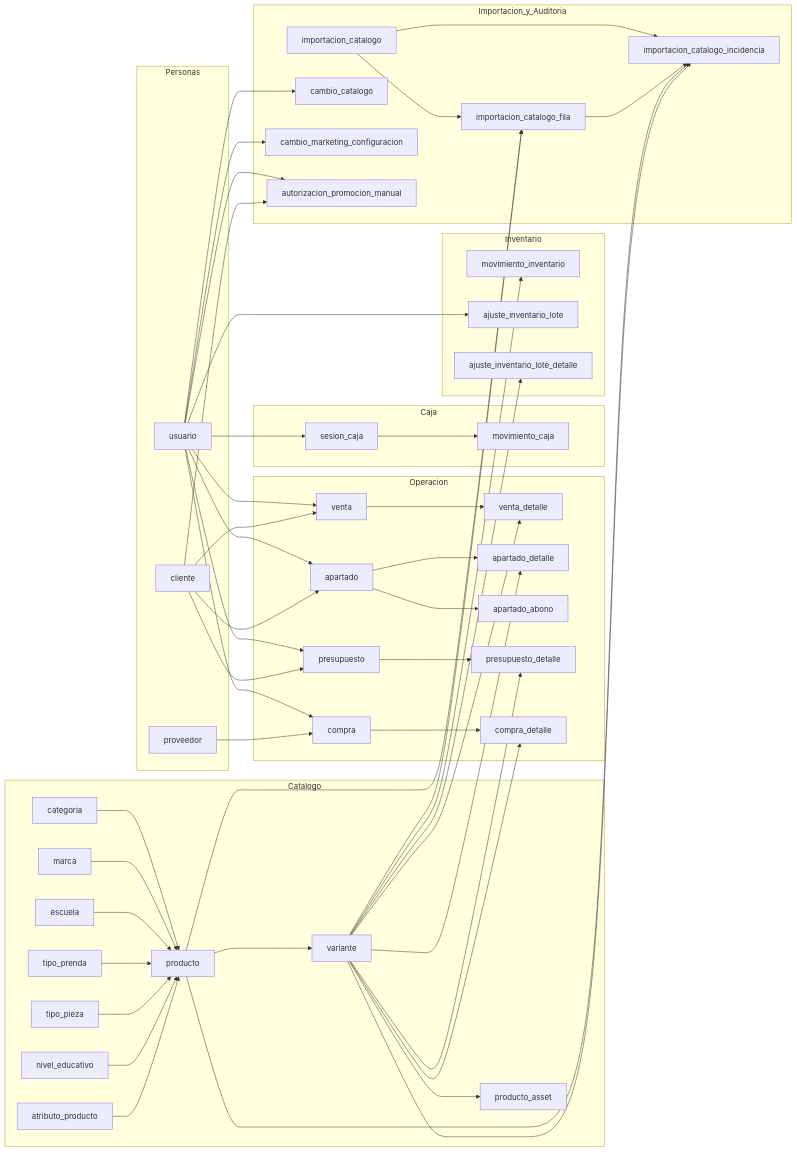
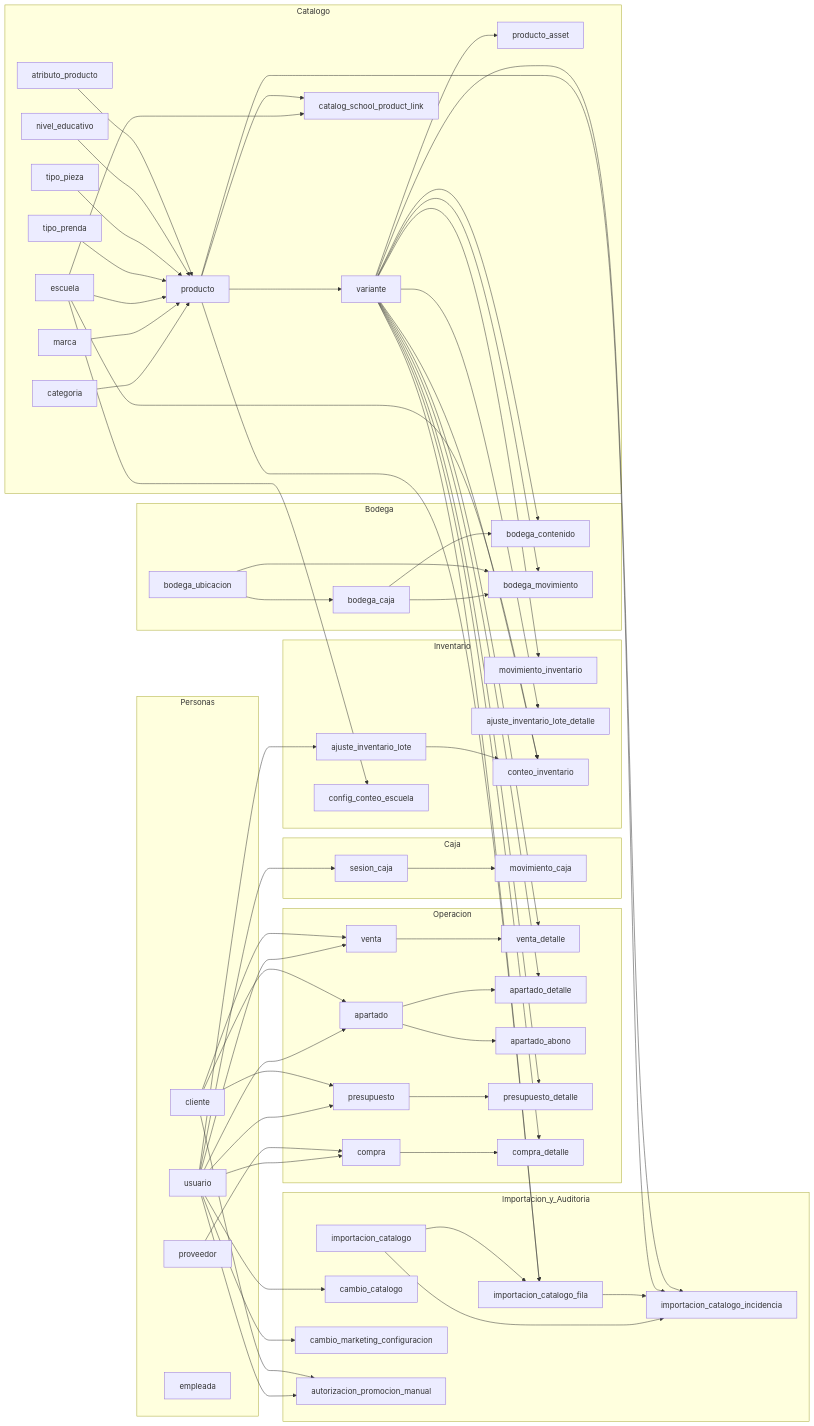
The first of 6 diagrams in pos_uniformes/docs/diagrama_base_datos_actual.md (DMXFabian1/pos_uniformes), drawn with Mermaid before and after one commit. The commit also changed other lines of this file and 3 other files, not shown here.

```diff
--- a/pos_uniformes/docs/diagrama_base_datos_actual.md
+++ b/pos_uniformes/docs/diagrama_base_datos_actual.md
@@ -27,12 +31,14 @@
         P[producto]
         V[variante]
         A[producto_asset]
+        CSP[catalog_school_product_link]
     end
 
     subgraph Personas
         U[usuario]
         CL[cliente]
         PR[proveedor]
+        EM[empleada]
     end
 
     subgraph Operacion
@@ -56,6 +62,15 @@
         MI[movimiento_inventario]
         AL[ajuste_inventario_lote]
         ALD[ajuste_inventario_lote_detalle]
+        CI[conteo_inventario]
+        CCE[config_conteo_escuela]
+    end
+
+    subgraph Bodega
+        BU[bodega_ubicacion]
+        BC[bodega_caja]
+        BCO[bodega_contenido]
+        BM[bodega_movimiento]
     end
 
     subgraph Importacion_y_Auditoria
@@ -76,6 +91,8 @@
     C7 --> P
     P --> V
     V --> A
+    C3 --> CSP
+    P --> CSP
 
     U --> VE
     U --> AP
@@ -105,6 +122,17 @@
     V --> CD
     V --> MI
     V --> ALD
+    V --> CI
+    C3 --> CI
+    AL --> CI
+    C3 --> CCE
+
+    BU --> BC
+    BC --> BCO
+    BC --> BM
+    BU --> BM
+    V --> BCO
+    V --> BM
 
     SC --> MC
     IC --> ICF
```
